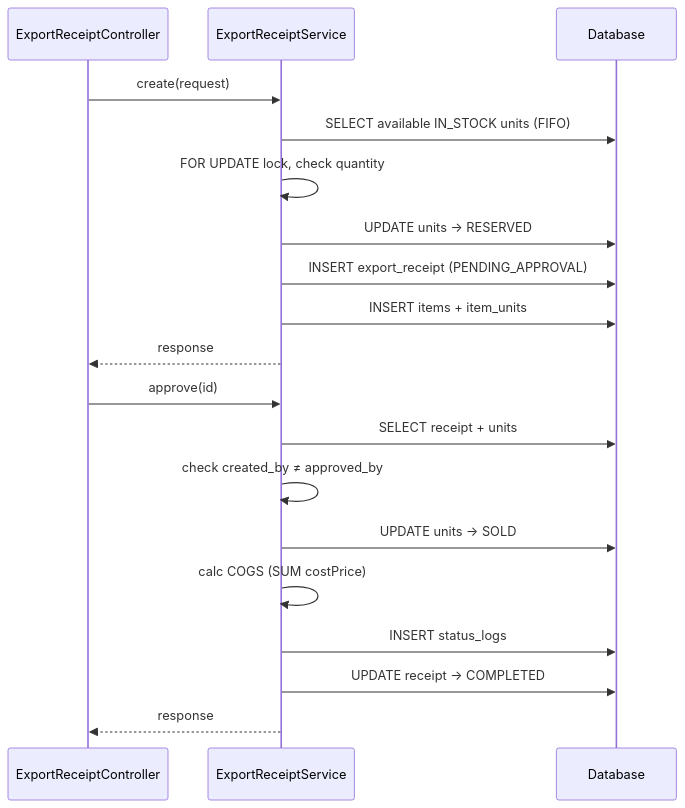
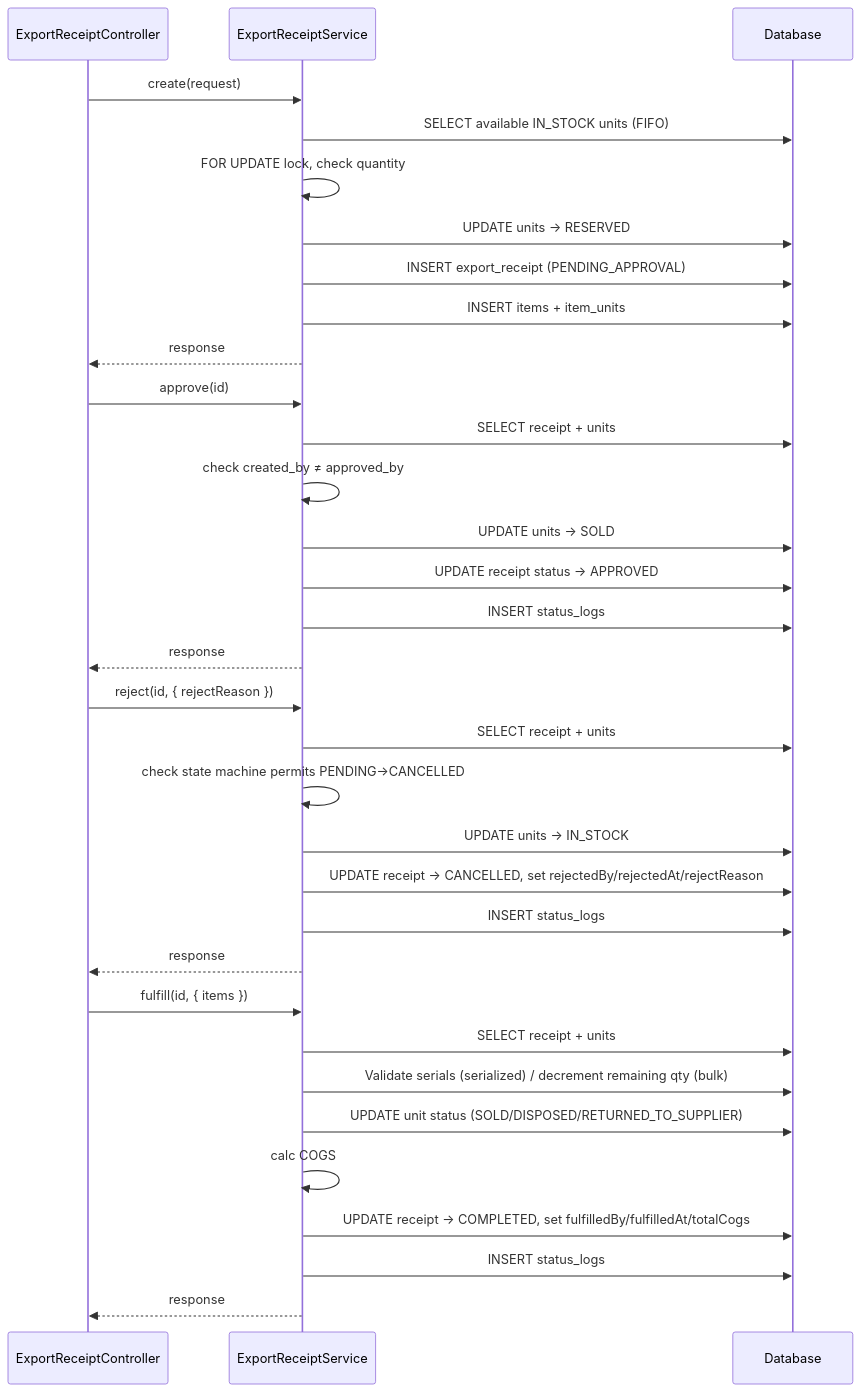
The second of 3 diagrams in docs/flows/export-flow.md (Java-Inventory-Management-System/Projects), drawn with Mermaid before and after one commit. The commit also changed other lines of this file and 19 other files, not shown here.

First line of the commit message:
docs: remove warranty module, add export reject/fulfill/getUnits flow

````diff
--- a/docs/flows/export-flow.md
+++ b/docs/flows/export-flow.md
@@ -40,23 +49,39 @@
 ```mermaid
 sequenceDiagram
     participant C as ExportReceiptController
     participant S as ExportReceiptService
     participant DB as Database
 
     C->>S: create(request)
     S->>DB: SELECT available IN_STOCK units (FIFO)
     S->>S: FOR UPDATE lock, check quantity
     S->>DB: UPDATE units → RESERVED
     S->>DB: INSERT export_receipt (PENDING_APPROVAL)
     S->>DB: INSERT items + item_units
     S-->>C: response
 
     C->>S: approve(id)
     S->>DB: SELECT receipt + units
     S->>S: check created_by ≠ approved_by
     S->>DB: UPDATE units → SOLD
-    S->>S: calc COGS (SUM costPrice)
+    S->>DB: UPDATE receipt status → APPROVED
     S->>DB: INSERT status_logs
-    S->>DB: UPDATE receipt → COMPLETED
+    S-->>C: response
+
+    C->>S: reject(id, { rejectReason })
+    S->>DB: SELECT receipt + units
+    S->>S: check state machine permits PENDING→CANCELLED
+    S->>DB: UPDATE units → IN_STOCK
+    S->>DB: UPDATE receipt → CANCELLED, set rejectedBy/rejectedAt/rejectReason
+    S->>DB: INSERT status_logs
+    S-->>C: response
+
+    C->>S: fulfill(id, { items })
+    S->>DB: SELECT receipt + units
+    S->>DB: Validate serials (serialized) / decrement remaining qty (bulk)
+    S->>DB: UPDATE unit status (SOLD/DISPOSED/RETURNED_TO_SUPPLIER)
+    S->>S: calc COGS
+    S->>DB: UPDATE receipt → COMPLETED, set fulfilledBy/fulfilledAt/totalCogs
+    S->>DB: INSERT status_logs
     S-->>C: response
 ```
````
